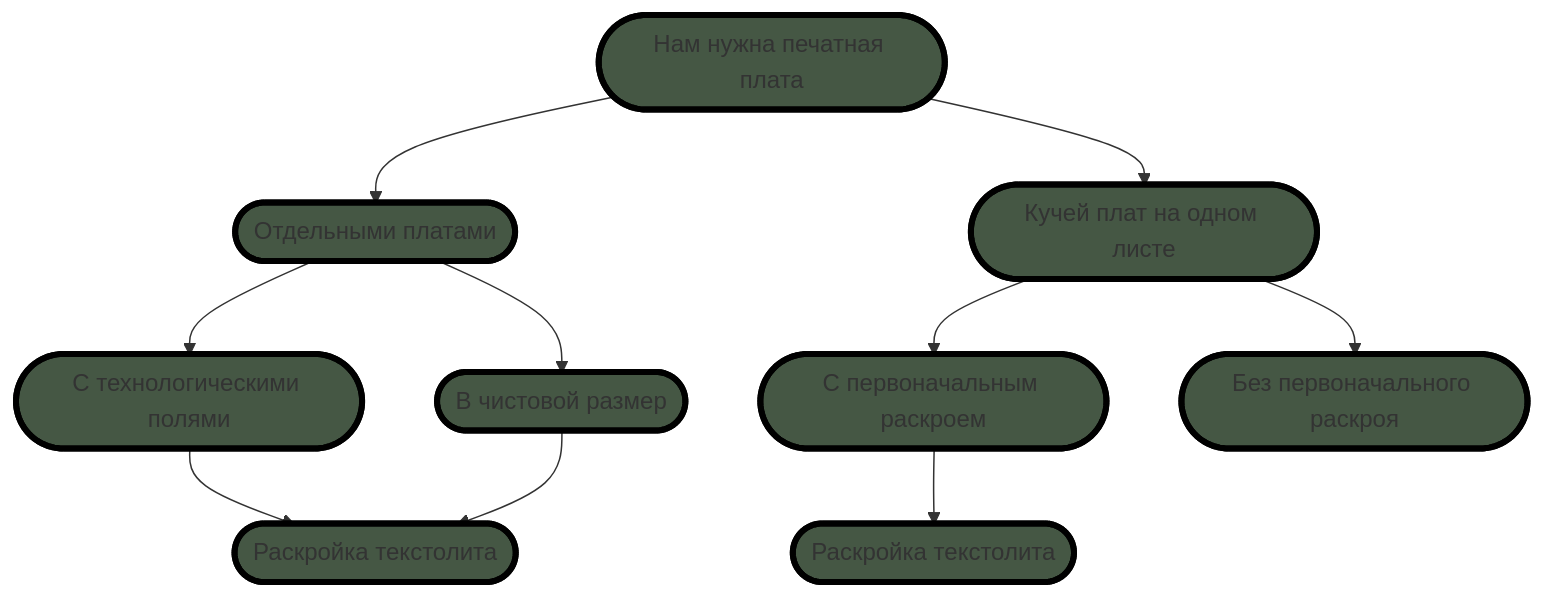
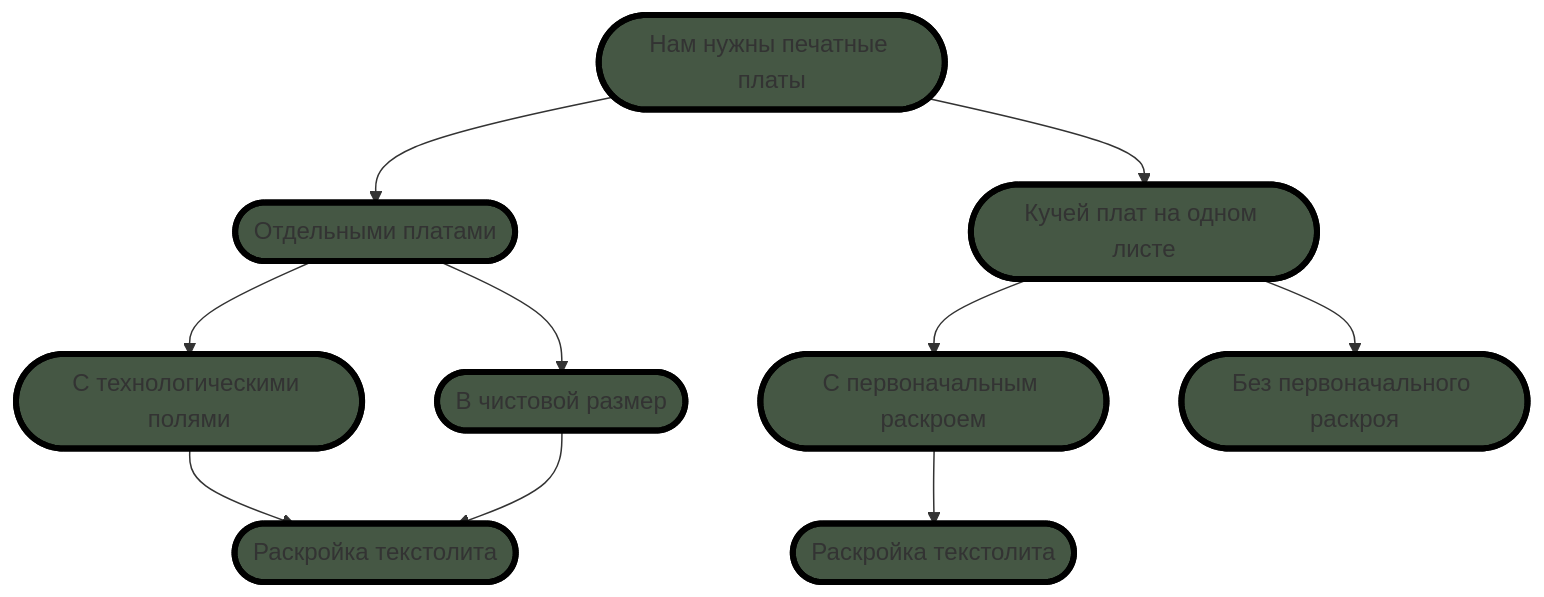
One commit to ufrs12/OLTA-RU changed the diagram in README.md. Above: the diagram before and after it, drawn with Mermaid.

````diff
--- a/README.md
+++ b/README.md
@@ -8,24 +8,24 @@
 ```mermaid
 graph TD;
 classDef class1 fill:#455744, stroke:#000, stroke-width:4px
-    Z([Нам нужна печатная плата]):::class1
+    Z([Нам нужны печатные платы]):::class1
     A([Отдельными платами]):::class1
     B([Кучей плат на одном листе]):::class1
     C([С технологическими полями]):::class1
     D([В чистовой размер]):::class1
     E([С первоначальным раскроем]):::class1
     F([Без первоначального раскроя]):::class1
     G([Раскройка текстолита]):::class1
     H([Раскройка текстолита]):::class1
     Z-->A;
     Z-->B;
 
     A-->C;
     A-->D;
     C-->G;
     D-->G;
 
     B-->E;
     B-->F;
     E-->H;
 ```
````
